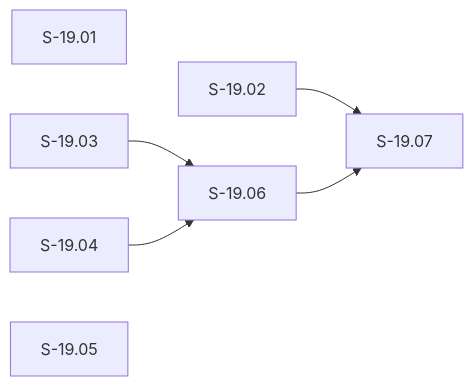
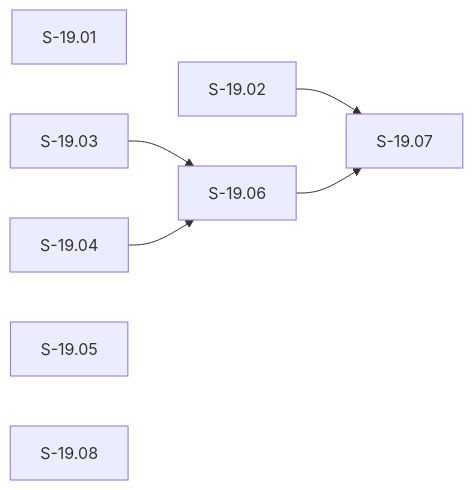
The diagram in stories/epics/E-19-post-rc22-operator-hardening.md (drbothen/vsdd-factory), drawn with Mermaid before and after one commit. The commit also changed other lines of this file and 17 other files, not shown here.

````diff
--- a/stories/epics/E-19-post-rc22-operator-hardening.md
+++ b/stories/epics/E-19-post-rc22-operator-hardening.md
@@ -189,9 +208,10 @@
 ```mermaid
 graph LR
   S-19.01
   S-19.03 --> S-19.06
   S-19.04 --> S-19.06
   S-19.05
+  S-19.08
   S-19.02 --> S-19.07
   S-19.06 --> S-19.07
 ```
````
